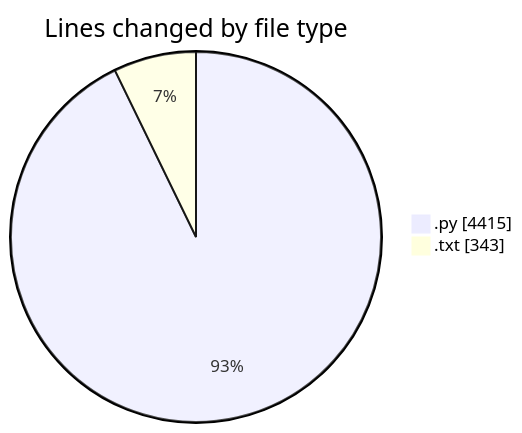
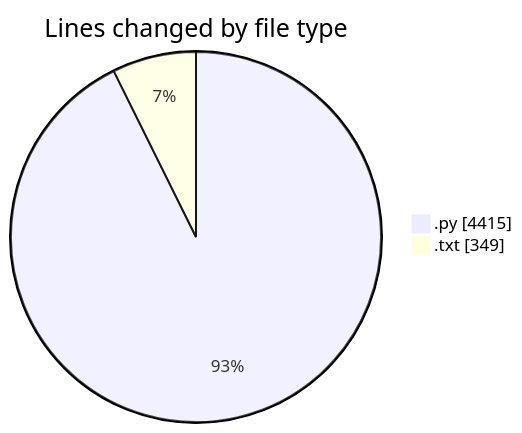
The first of 2 diagrams in 2025-05-26/zip_file/README.md (Ritupan-Deka/code-tracking), drawn with Mermaid before and after one commit. The commit also changed other lines of this file and 1 other file, not shown here.

````diff
--- a/2025-05-26/zip_file/README.md
+++ b/2025-05-26/zip_file/README.md
@@ -35,6 +35,6 @@
 ```mermaid
 pie showData
 title Lines changed by file type
 ".py" : 4415
-".txt" : 343
+".txt" : 349
 ```
````
